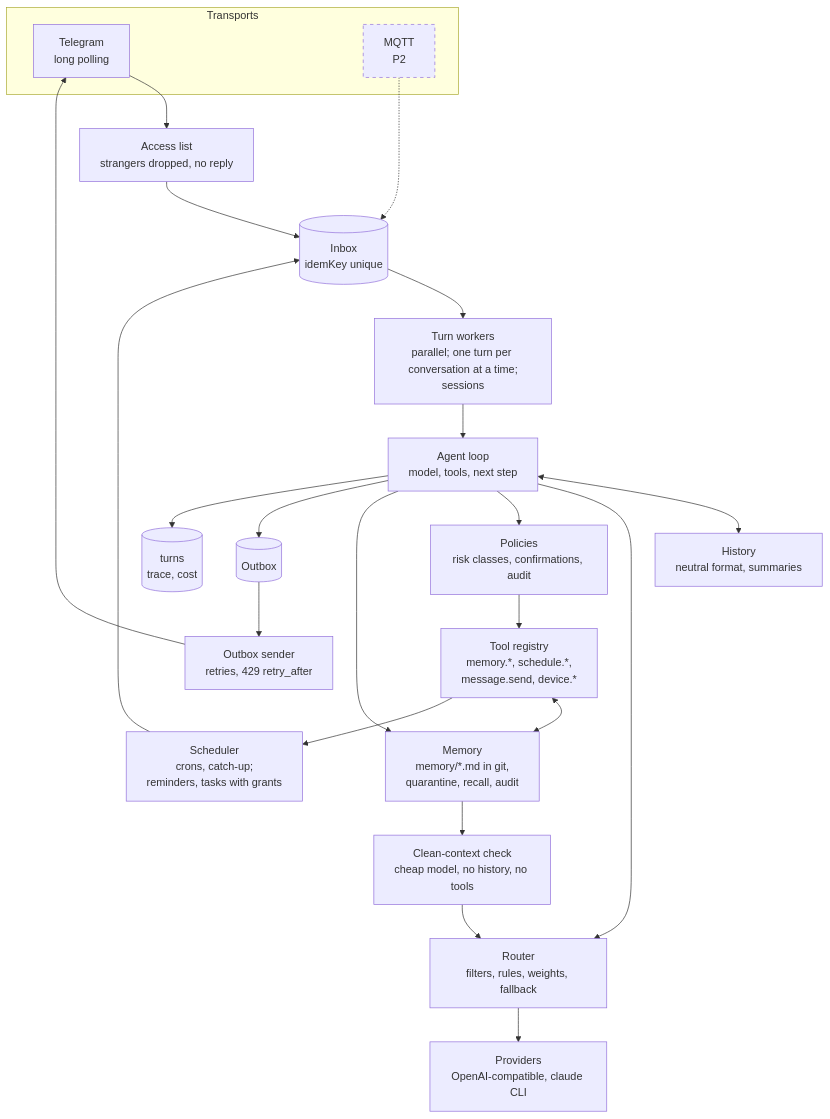
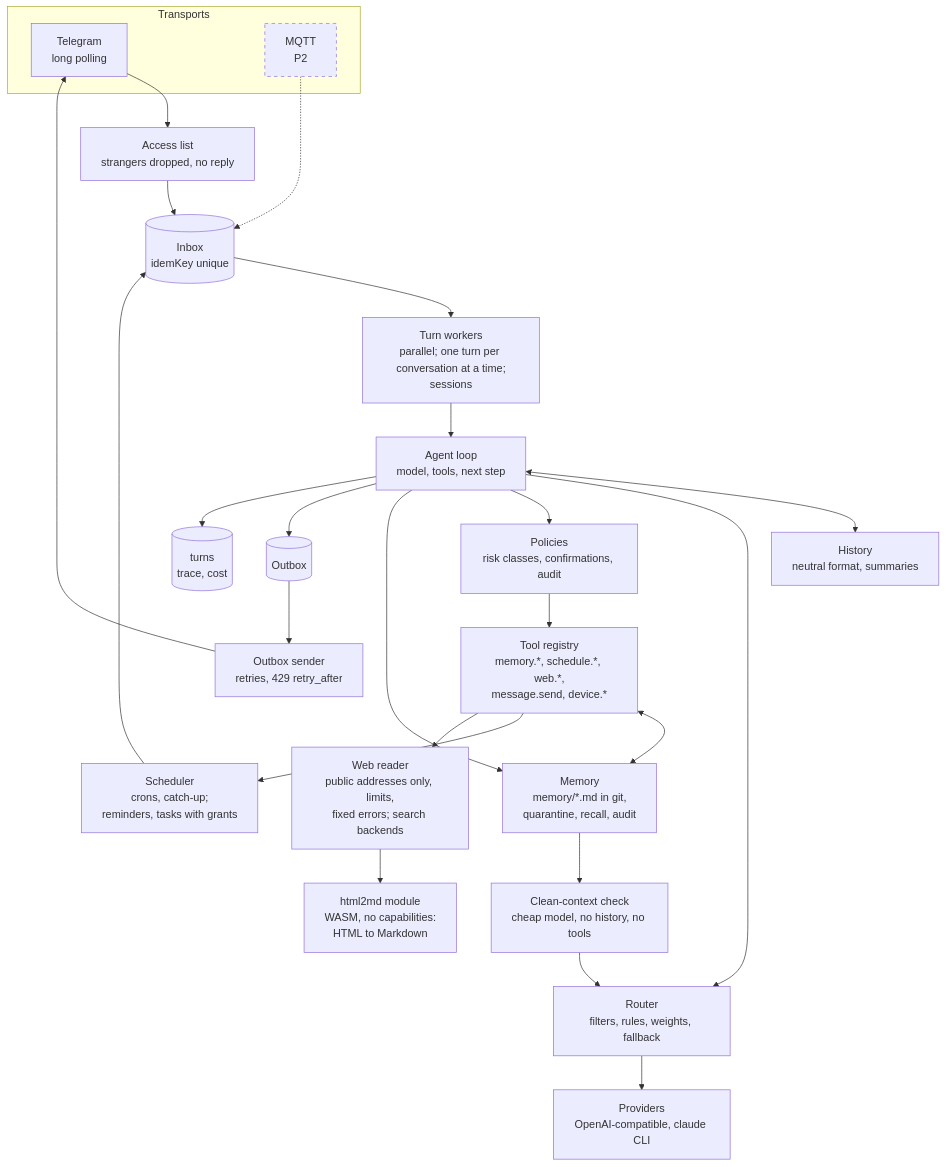
Before and after one commit to igorrius/ganglion: the first of 3 diagrams in docs/architecture/03-components.md, drawn with Mermaid. The commit also changed other lines of this file and 28 other files, not shown here.

````diff
--- a/docs/architecture/03-components.md
+++ b/docs/architecture/03-components.md
@@ -8,47 +8,51 @@
 ```mermaid
 flowchart TB
     subgraph transports["Transports"]
         tgt["Telegram<br/>long polling"]
         mqt["MQTT<br/>P2"]
     end
 
     acl["Access list<br/>strangers dropped, no reply"]
     inbox[("Inbox<br/>idemKey unique")]
     actors["Turn workers<br/>parallel; one turn per conversation at a time;<br/>sessions"]
     loop["Agent loop<br/>model, tools, next step"]
     history["History<br/>neutral format, summaries"]
     router["Router<br/>filters, rules, weights, fallback"]
     providers["Providers<br/>OpenAI-compatible, claude CLI"]
-    tools["Tool registry<br/>memory.*, schedule.*,<br/>message.send, device.*"]
+    tools["Tool registry<br/>memory.*, schedule.*, web.*,<br/>message.send, device.*"]
+    web["Web reader<br/>public addresses only, limits,<br/>fixed errors; search backends"]
+    html2md["html2md module<br/>WASM, no capabilities:<br/>HTML to Markdown"]
     policies["Policies<br/>risk classes, confirmations, audit"]
     memory["Memory<br/>memory/*.md in git,<br/>quarantine, recall, audit"]
     guard["Clean-context check<br/>cheap model, no history, no tools"]
     sched["Scheduler<br/>crons, catch-up;<br/>reminders, tasks with grants"]
     outbox[("Outbox")]
     sender["Outbox sender<br/>retries, 429 retry_after"]
     turns[("turns<br/>trace, cost")]
 
     tgt --> acl
     acl --> inbox
     mqt -.-> inbox
     sched --> inbox
     inbox --> actors
     actors --> loop
     loop <--> history
     loop --> router
     router --> providers
     loop --> policies
     policies --> tools
     tools <--> memory
     loop --> memory
     memory --> guard
     guard --> router
     tools --> sched
+    tools --> web
+    web --> html2md
     loop --> outbox
     loop --> turns
     outbox --> sender
     sender --> tgt
 
     classDef planned stroke-dasharray: 5 5
     class mqt planned
 ```
````
